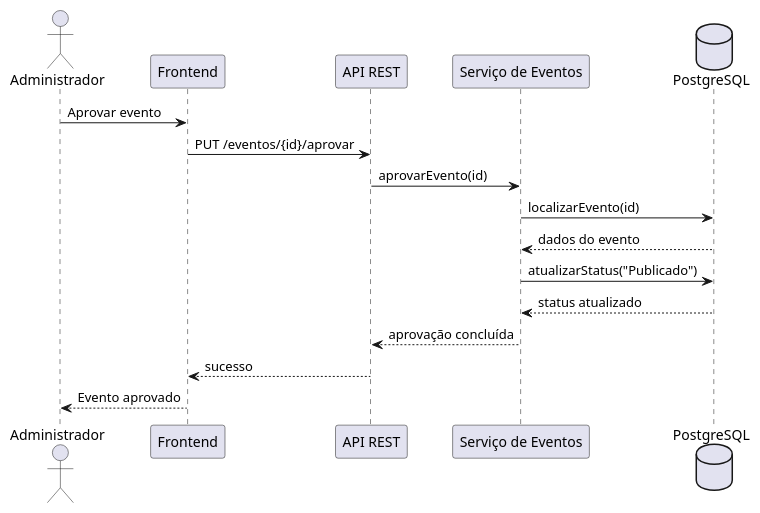
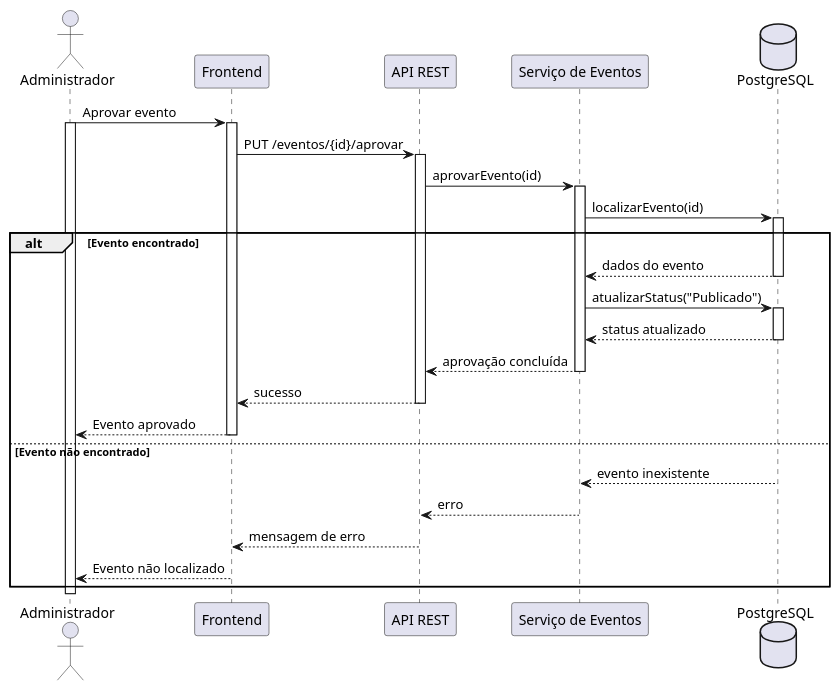
Before and after one commit to mthsz-dm/Conecta-Eventos: the diagram in PlantUML/Diagrama de sequencia detalhado/Diagrama-de-sequencia-UC-10.plantuml, drawn with PlantUML. The commit also changed 11 other files, not shown here.

Commit message:
Modificação nos diagramas de sequencia

```diff
--- a/PlantUML/Diagrama de sequencia detalhado/Diagrama-de-sequencia-UC-10.plantuml
+++ b/PlantUML/Diagrama de sequencia detalhado/Diagrama-de-sequencia-UC-10.plantuml
@@ -1,30 +1,48 @@
 @startuml
+
+autoactivate on
 
 actor Administrador
 
 participant "Frontend" as Frontend
 participant "API REST" as API
 participant "Serviço de Eventos" as Service
 database "PostgreSQL" as DB
 
 Administrador -> Frontend : Aprovar evento
+activate Administrador
 
 Frontend -> API : PUT /eventos/{id}/aprovar
 
 API -> Service : aprovarEvento(id)
 
 Service -> DB : localizarEvento(id)
 
-DB --> Service : dados do evento
+alt Evento encontrado
 
-Service -> DB : atualizarStatus("Publicado")
+    DB --> Service : dados do evento
 
-DB --> Service : status atualizado
+    Service -> DB : atualizarStatus("Publicado")
 
-Service --> API : aprovação concluída
+    DB --> Service : status atualizado
 
-API --> Frontend : sucesso
+    Service --> API : aprovação concluída
 
-Frontend --> Administrador : Evento aprovado
+    API --> Frontend : sucesso
 
+    Frontend --> Administrador : Evento aprovado
+
+else Evento não encontrado
+
+    DB --> Service : evento inexistente
+
+    Service --> API : erro
+
+    API --> Frontend : mensagem de erro
+
+    Frontend --> Administrador : Evento não localizado
+
+end
+
+deactivate Administrador
 @enduml
```
